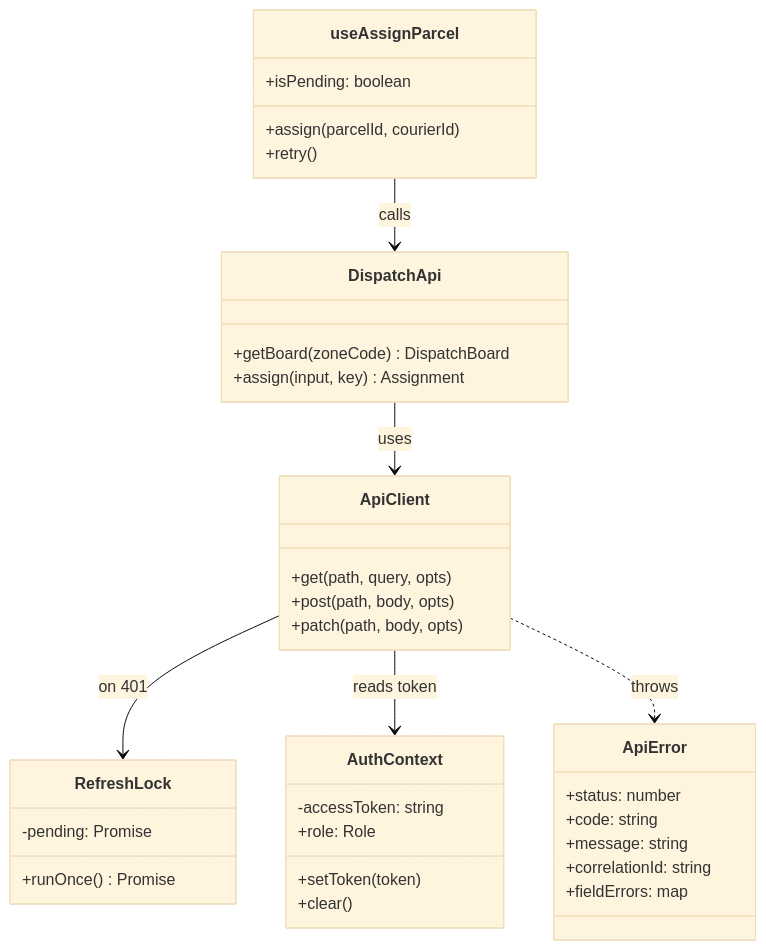
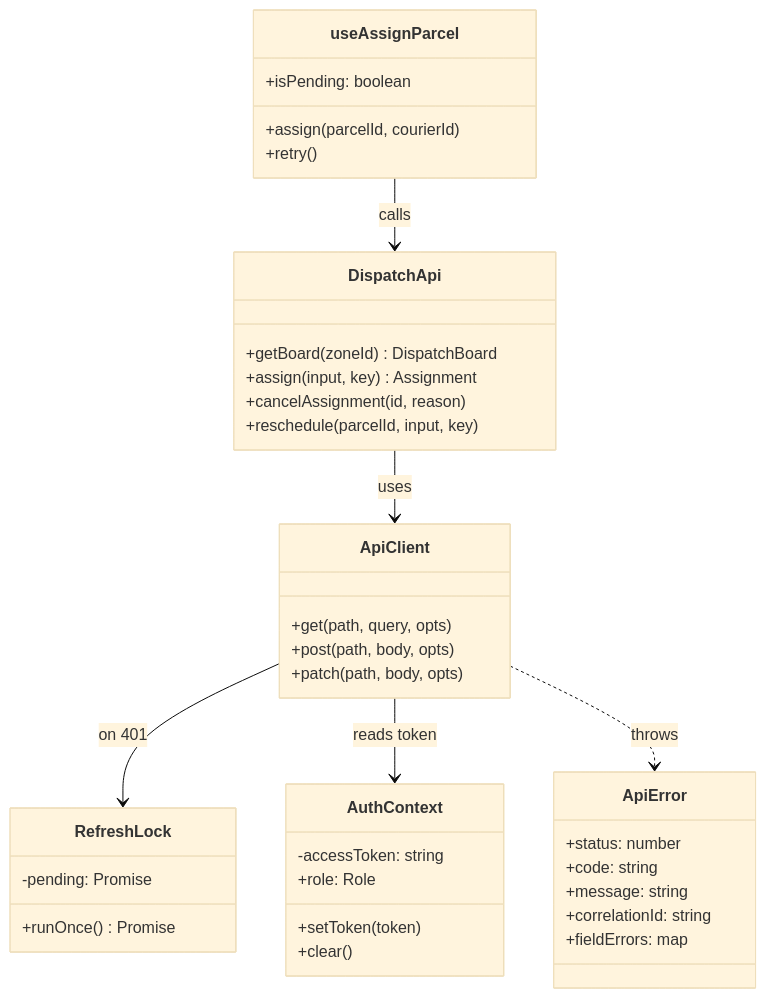
One commit to phantomTroupeEAD/SwiftDrop changed the fourth of 12 diagrams in docs/drafts/member-07-dispatcher-admin-web-gateway/doc-03-internal-architecture-and-design.md. Above: the diagram before and after it, drawn with Mermaid (base theme). The commit also changed other lines of this file and 125 other files, not shown here.

````diff
--- a/docs/drafts/member-07-dispatcher-admin-web-gateway/doc-03-internal-architecture-and-design.md
+++ b/docs/drafts/member-07-dispatcher-admin-web-gateway/doc-03-internal-architecture-and-design.md
@@ -269,39 +282,41 @@
 ```mermaid
 classDiagram
     class ApiClient {
         +get(path, query, opts)
         +post(path, body, opts)
         +patch(path, body, opts)
     }
     class RefreshLock {
         -pending: Promise
         +runOnce() Promise
     }
     class AuthContext {
         -accessToken: string
         +role: Role
         +setToken(token)
         +clear()
     }
     class ApiError {
         +status: number
         +code: string
         +message: string
         +correlationId: string
         +fieldErrors: map
     }
     class DispatchApi {
-        +getBoard(zoneCode) DispatchBoard
+        +getBoard(zoneId) DispatchBoard
         +assign(input, key) Assignment
+        +cancelAssignment(id, reason)
+        +reschedule(parcelId, input, key)
     }
     class useAssignParcel {
         +assign(parcelId, courierId)
         +retry()
         +isPending: boolean
     }
     ApiClient --> RefreshLock : on 401
     ApiClient --> AuthContext : reads token
     ApiClient ..> ApiError : throws
     DispatchApi --> ApiClient : uses
     useAssignParcel --> DispatchApi : calls
 ```
````
